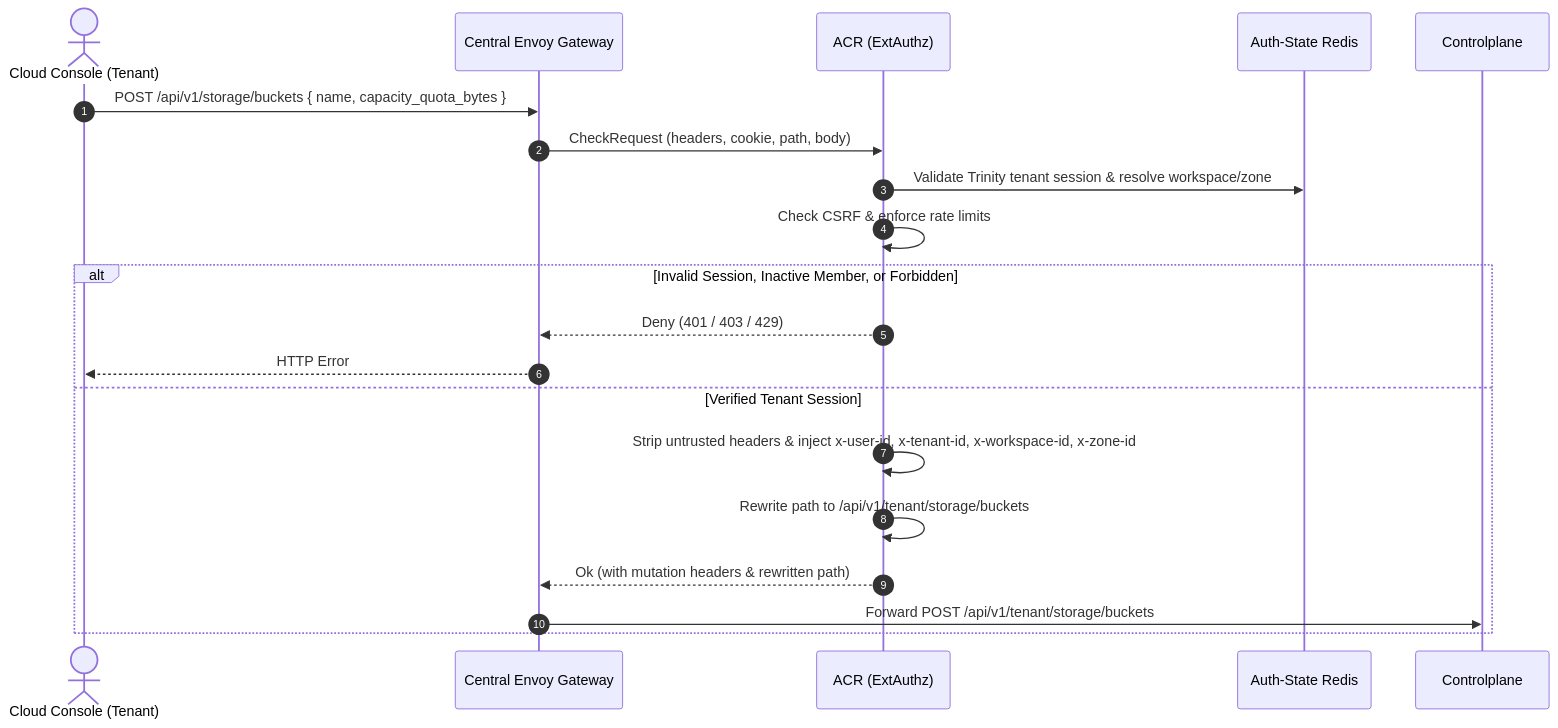
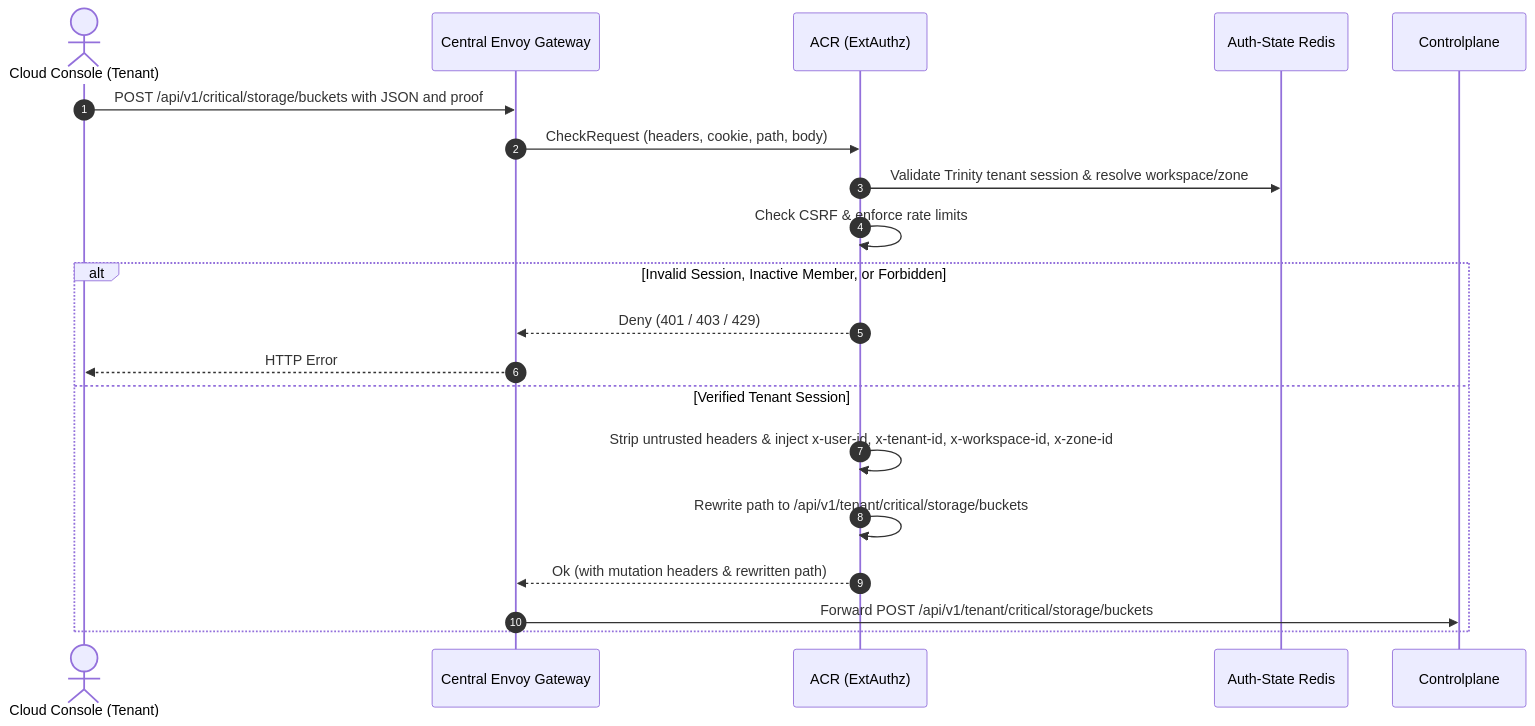
One commit to phucle996/aurora changed the first of 6 diagrams in god_view/storage/tenant_bucket_create_god_view_workflow.md. Above: the diagram before and after it, drawn with Mermaid. The commit also changed other lines of this file and 94 other files, not shown here.

````diff
--- a/god_view/storage/tenant_bucket_create_god_view_workflow.md
+++ b/god_view/storage/tenant_bucket_create_god_view_workflow.md
@@ -79,23 +83,23 @@
 ```mermaid
 sequenceDiagram
     autonumber
     actor Browser as Cloud Console (Tenant)
     participant Envoy as Central Envoy Gateway
     participant ACR as ACR (ExtAuthz)
     participant Redis as Auth-State Redis
     participant CP as Controlplane
 
-    Browser->>Envoy: POST /api/v1/storage/buckets { name, capacity_quota_bytes }
+    Browser->>Envoy: POST /api/v1/critical/storage/buckets with JSON and proof
     Envoy->>ACR: CheckRequest (headers, cookie, path, body)
     ACR->>Redis: Validate Trinity tenant session & resolve workspace/zone
     ACR->>ACR: Check CSRF & enforce rate limits
     alt Invalid Session, Inactive Member, or Forbidden
         ACR-->>Envoy: Deny (401 / 403 / 429)
         Envoy-->>Browser: HTTP Error
     else Verified Tenant Session
         ACR->>ACR: Strip untrusted headers & inject x-user-id, x-tenant-id, x-workspace-id, x-zone-id
-        ACR->>ACR: Rewrite path to /api/v1/tenant/storage/buckets
+        ACR->>ACR: Rewrite path to /api/v1/tenant/critical/storage/buckets
         ACR-->>Envoy: Ok (with mutation headers & rewritten path)
-        Envoy->>CP: Forward POST /api/v1/tenant/storage/buckets
+        Envoy->>CP: Forward POST /api/v1/tenant/critical/storage/buckets
     end
 ```
````
